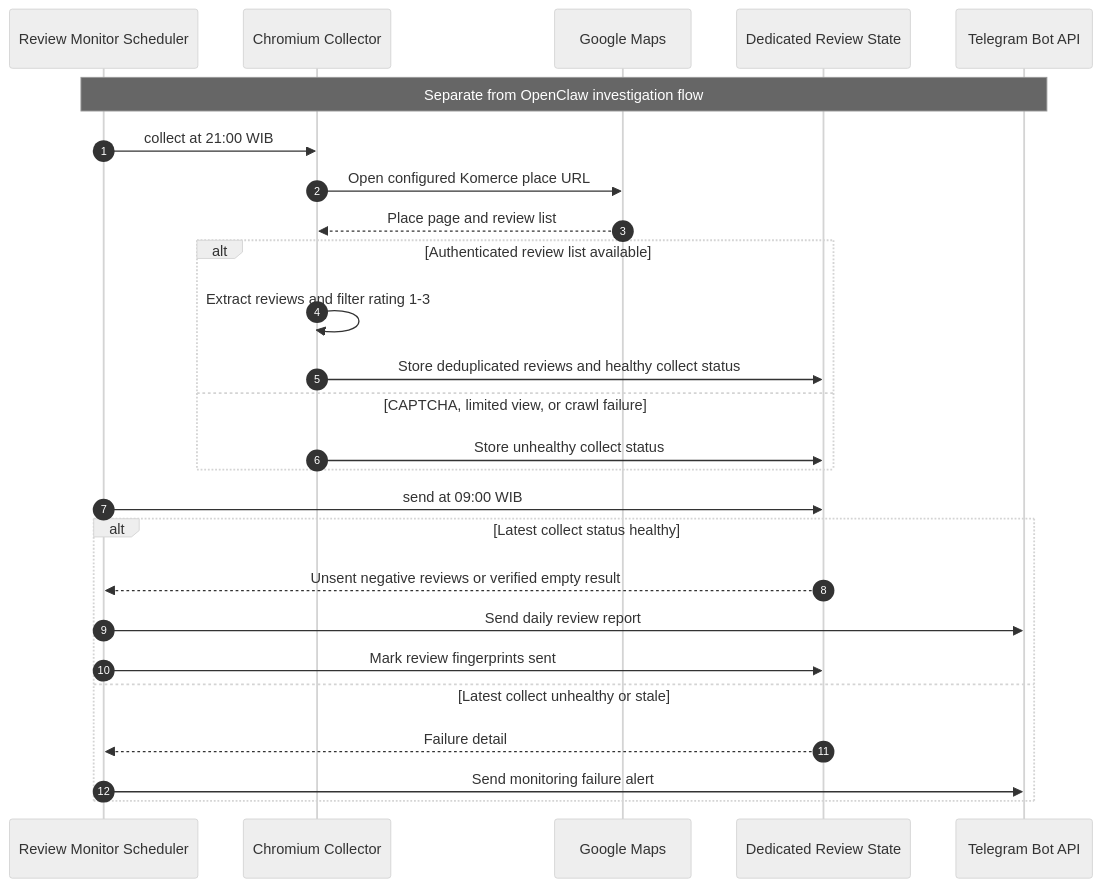
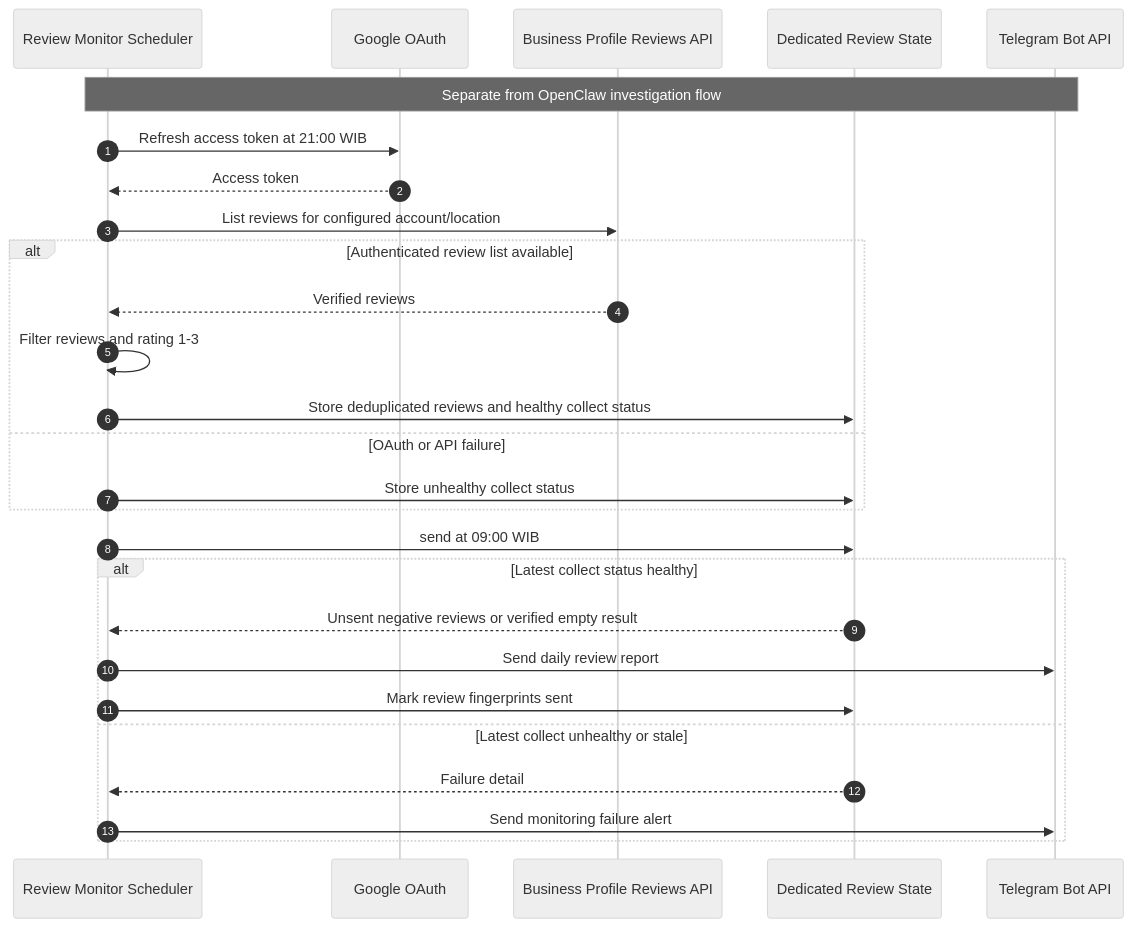
One commit to nunutech40/company-detector-bot changed the second of 10 diagrams in docs/technical/FLOW_MAP.md. Above: the diagram before and after it, drawn with Mermaid (neutral theme). The commit also changed other lines of this file and 22 other files, not shown here.

Commit message:
Prepare Google Business Profile review monitor

````diff
--- a/docs/technical/FLOW_MAP.md
+++ b/docs/technical/FLOW_MAP.md
@@ -125,32 +125,33 @@
 ```mermaid
 sequenceDiagram
   autonumber
   participant Scheduler as Review Monitor Scheduler
-  participant Browser as Chromium Collector
-  participant Maps as Google Maps
+  participant OAuth as Google OAuth
+  participant API as Business Profile Reviews API
   participant State as Dedicated Review State
   participant Telegram as Telegram Bot API
 
   Note over Scheduler,Telegram: Separate from OpenClaw investigation flow
 
-  Scheduler->>Browser: collect at 21:00 WIB
-  Browser->>Maps: Open configured Komerce place URL
-  Maps-->>Browser: Place page and review list
+  Scheduler->>OAuth: Refresh access token at 21:00 WIB
+  OAuth-->>Scheduler: Access token
+  Scheduler->>API: List reviews for configured account/location
 
   alt Authenticated review list available
-    Browser->>Browser: Extract reviews and filter rating 1-3
-    Browser->>State: Store deduplicated reviews and healthy collect status
-  else CAPTCHA, limited view, or crawl failure
-    Browser->>State: Store unhealthy collect status
+    API-->>Scheduler: Verified reviews
+    Scheduler->>Scheduler: Filter reviews and rating 1-3
+    Scheduler->>State: Store deduplicated reviews and healthy collect status
+  else OAuth or API failure
+    Scheduler->>State: Store unhealthy collect status
   end
 
   Scheduler->>State: send at 09:00 WIB
   alt Latest collect status healthy
     State-->>Scheduler: Unsent negative reviews or verified empty result
     Scheduler->>Telegram: Send daily review report
     Scheduler->>State: Mark review fingerprints sent
   else Latest collect unhealthy or stale
     State-->>Scheduler: Failure detail
     Scheduler->>Telegram: Send monitoring failure alert
   end
 ```
````
